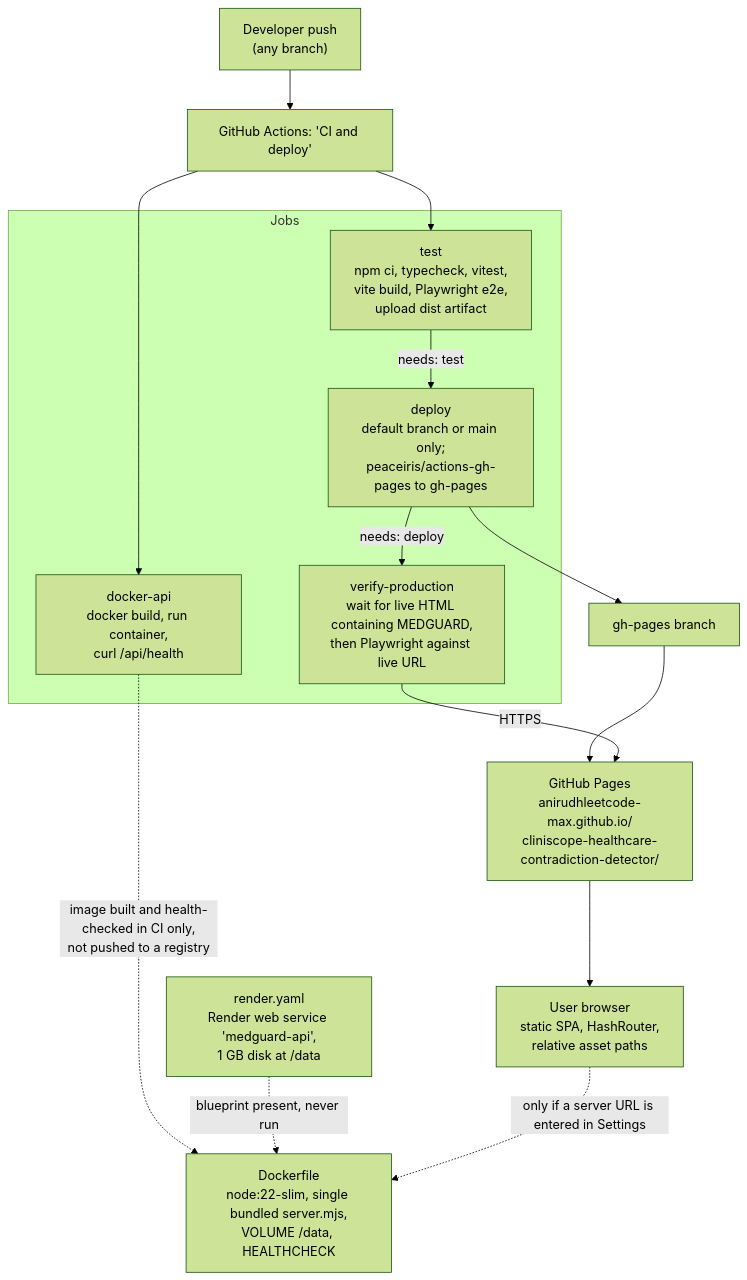
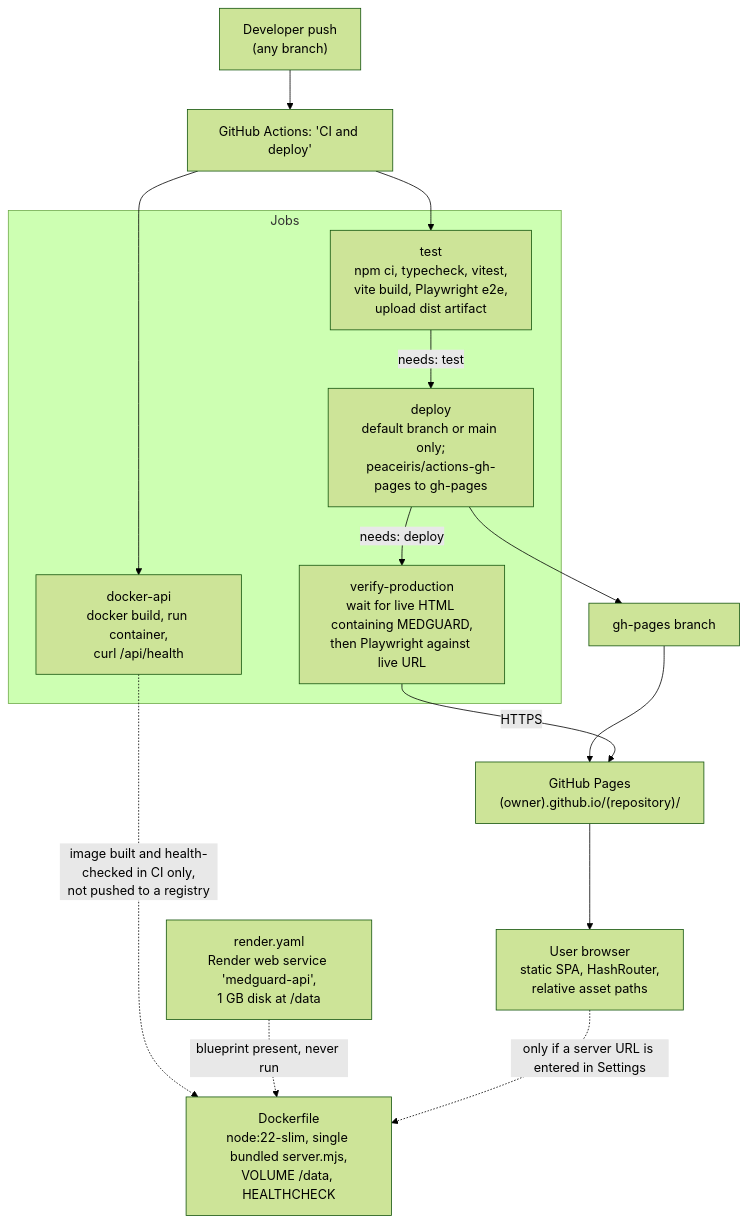
The diagram in docs/technical/diagrams/deployment.mmd (anirudhleetcode-max/cliniscope-healthcare-contradiction-detector), drawn with Mermaid (forest theme) before and after one commit. The commit also changed 5 other files, not shown here.

```diff
--- a/docs/technical/diagrams/deployment.mmd
+++ b/docs/technical/diagrams/deployment.mmd
@@ -1,27 +1,27 @@
 %% MEDGUARD deployment architecture (.github/workflows/ci-deploy.yml, Dockerfile, render.yaml).
 %% Solid: implemented and observed succeeding in CI. Dotted: configured, not deployed.
 flowchart TD
     DEV["Developer push<br/>(any branch)"] --> GHA["GitHub Actions: 'CI and deploy'"]
 
     subgraph CI["Jobs"]
         T["test<br/>npm ci, typecheck, vitest,<br/>vite build, Playwright e2e,<br/>upload dist artifact"]
         DK["docker-api<br/>docker build, run container,<br/>curl /api/health"]
         DP["deploy<br/>default branch or main only;<br/>peaceiris/actions-gh-pages to gh-pages"]
         VP["verify-production<br/>wait for live HTML containing MEDGUARD,<br/>then Playwright against live URL"]
     end
 
     GHA --> T
     GHA --> DK
     T -->|"needs: test"| DP
     DP -->|"needs: deploy"| VP
     DP --> GHP["gh-pages branch"]
-    GHP --> PAGES["GitHub Pages<br/>anirudhleetcode-max.github.io/<br/>cliniscope-healthcare-contradiction-detector/"]
+    GHP --> PAGES["GitHub Pages<br/>(owner).github.io/(repository)/"]
     VP -->|"HTTPS"| PAGES
 
     PAGES --> BROWSER["User browser<br/>static SPA, HashRouter,<br/>relative asset paths"]
 
     DOCKER["Dockerfile<br/>node:22-slim, single bundled server.mjs,<br/>VOLUME /data, HEALTHCHECK"]
     RENDER["render.yaml<br/>Render web service 'medguard-api',<br/>1 GB disk at /data"]
     DK -.->|"image built and health-checked in CI only,<br/>not pushed to a registry"| DOCKER
     RENDER -.->|"blueprint present, never run"| DOCKER
     BROWSER -.->|"only if a server URL is entered in Settings"| DOCKER
```
